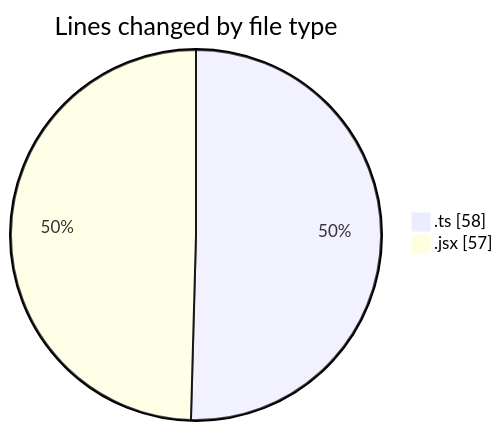
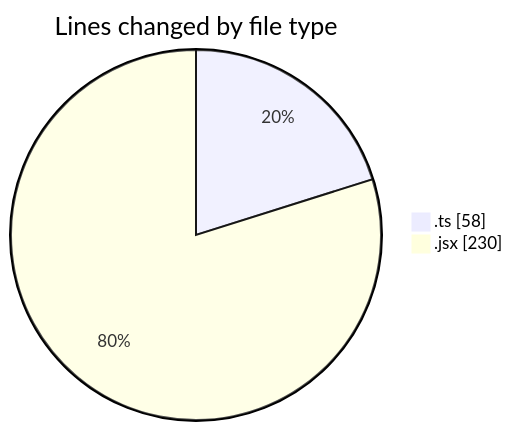
One commit to robertbonfada/code-tracking changed the first of 2 diagrams in 2025-02-08/termonied-web/README.md. Above: the diagram before and after it, drawn with Mermaid. The commit also changed other lines of this file and 1 other file, not shown here.

````diff
--- a/2025-02-08/termonied-web/README.md
+++ b/2025-02-08/termonied-web/README.md
@@ -21,6 +22,6 @@
 ```mermaid
 pie showData
 title Lines changed by file type
 ".ts" : 58
-".jsx" : 57
+".jsx" : 230
 ```
````
